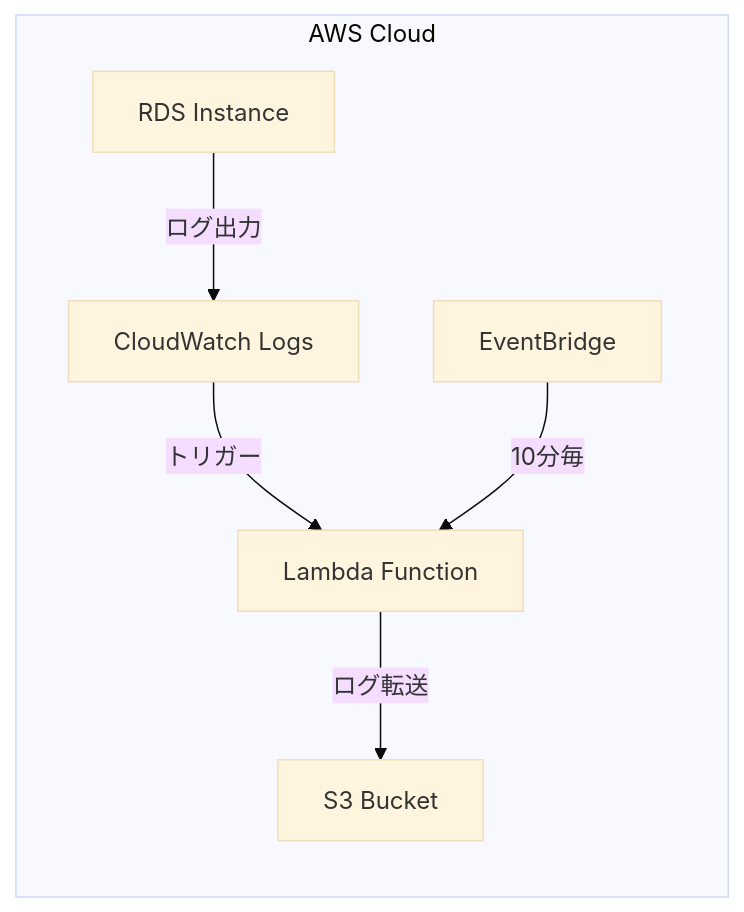
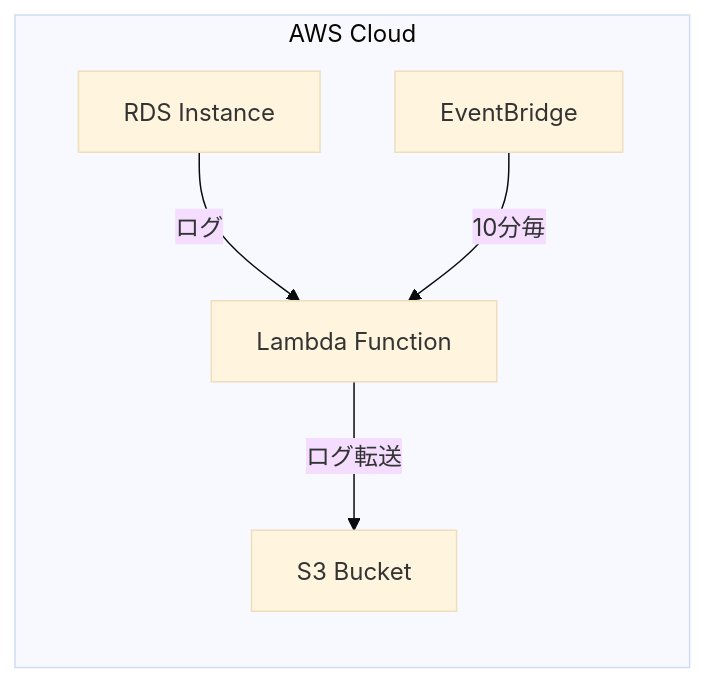
Before and after one commit to nix-tkobayashi/terraform-aws-rds-logs-collector: the diagram in README.md, drawn with Mermaid (base theme).

````diff
--- a/README.md
+++ b/README.md
@@ -7,15 +7,13 @@
 ```mermaid
 graph LR
-    RDS[RDS Instance] -->|ログ出力| CW[CloudWatch Logs]
-    CW -->|トリガー| Lambda[Lambda Function]
+    RDS[RDS Instance] -->|ログ| Lambda[Lambda Function]
     Lambda -->|ログ転送| S3[S3 Bucket]
     ET[EventBridge]-->|10分毎| Lambda
     
     subgraph AWS Cloud
         RDS
-        CW
         Lambda
         S3
         ET
     end
 ```
````
